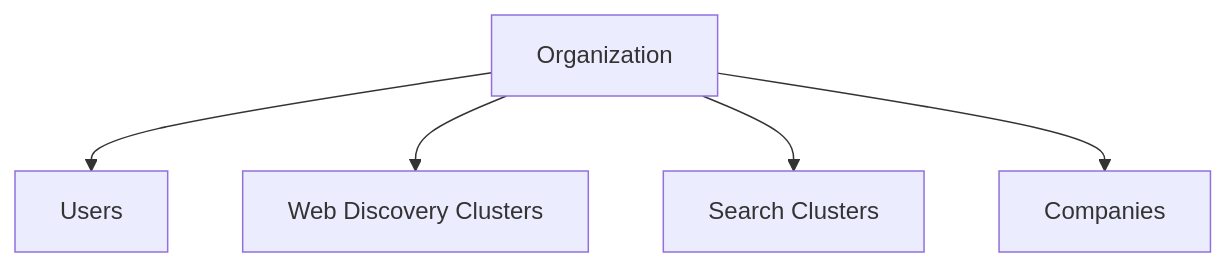
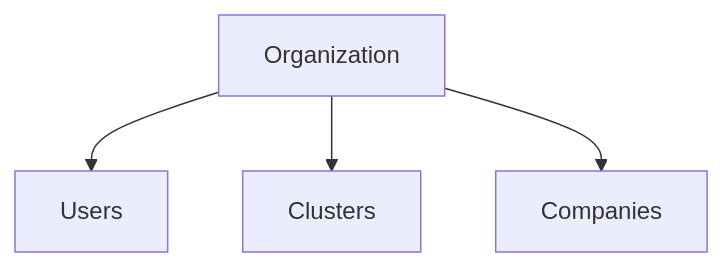
One commit to Growth-Maschine/NORAD-INTEL-ENGINE-V1 changed the second of 7 diagrams in docs/phase-1/P1-03.md. Above: the diagram before and after it, drawn with Mermaid. The commit also changed other lines of this file and 9 other files, not shown here.

````diff
--- a/docs/phase-1/P1-03.md
+++ b/docs/phase-1/P1-03.md
@@ -191,8 +180,7 @@
 ```mermaid
 flowchart TD
     ORG[Organization]
     ORG --> U[Users]
-    ORG --> WDC[Web Discovery Clusters]
-    ORG --> SC[Search Clusters]
+    ORG --> WDC[Clusters]
     ORG --> CO[Companies]
 ```
````
